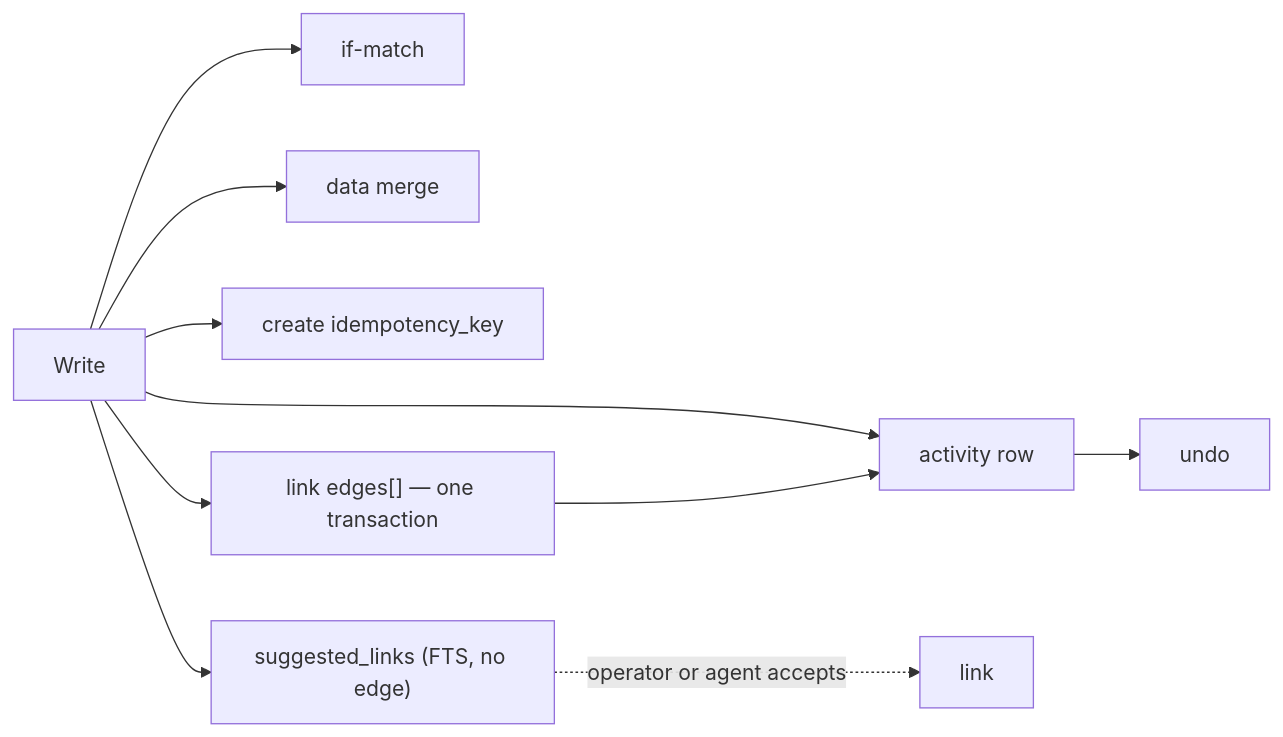
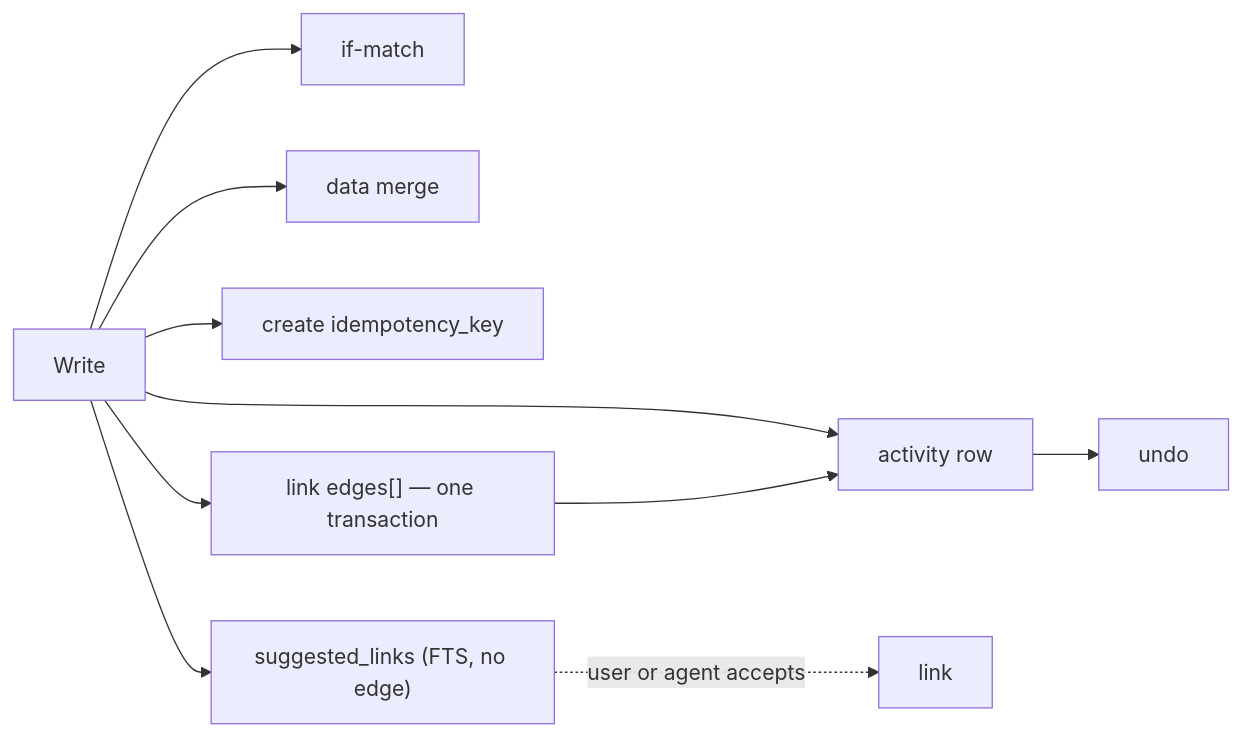
One commit to dgraziosi/foundation changed the sixth of 10 diagrams in docs/ARCHITECTURE.md. Above: the diagram before and after it, drawn with Mermaid. The commit also changed other lines of this file and 5 other files, not shown here.

First line of the commit message:
Replace operator with user in public clone docs

````diff
--- a/docs/ARCHITECTURE.md
+++ b/docs/ARCHITECTURE.md
@@ -157,12 +157,12 @@
 ```mermaid
 flowchart LR
   write["Write"] --> cas["if-match"]
   write --> data_merge["data merge"]
   write --> idemp["create idempotency_key"]
   write --> activity["activity row"]
   write --> suggestions["suggested_links (FTS, no edge)"]
   write --> batch_link["link edges[] — one transaction"]
   activity --> undo["undo"]
-  suggestions -.->|"operator or agent accepts"| link_write["link"]
+  suggestions -.->|"user or agent accepts"| link_write["link"]
   batch_link --> activity
 ```
````
